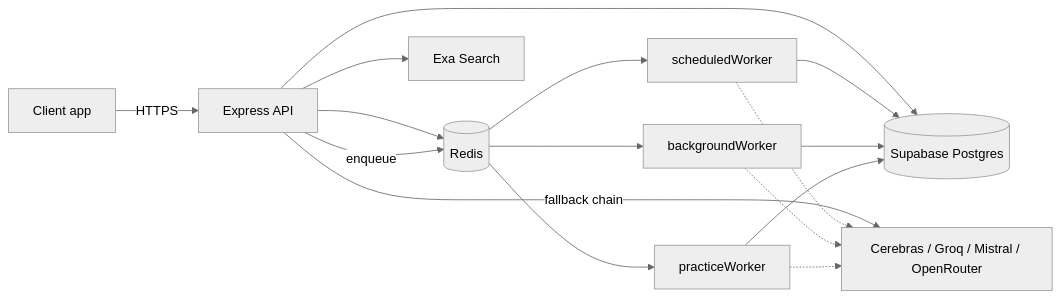
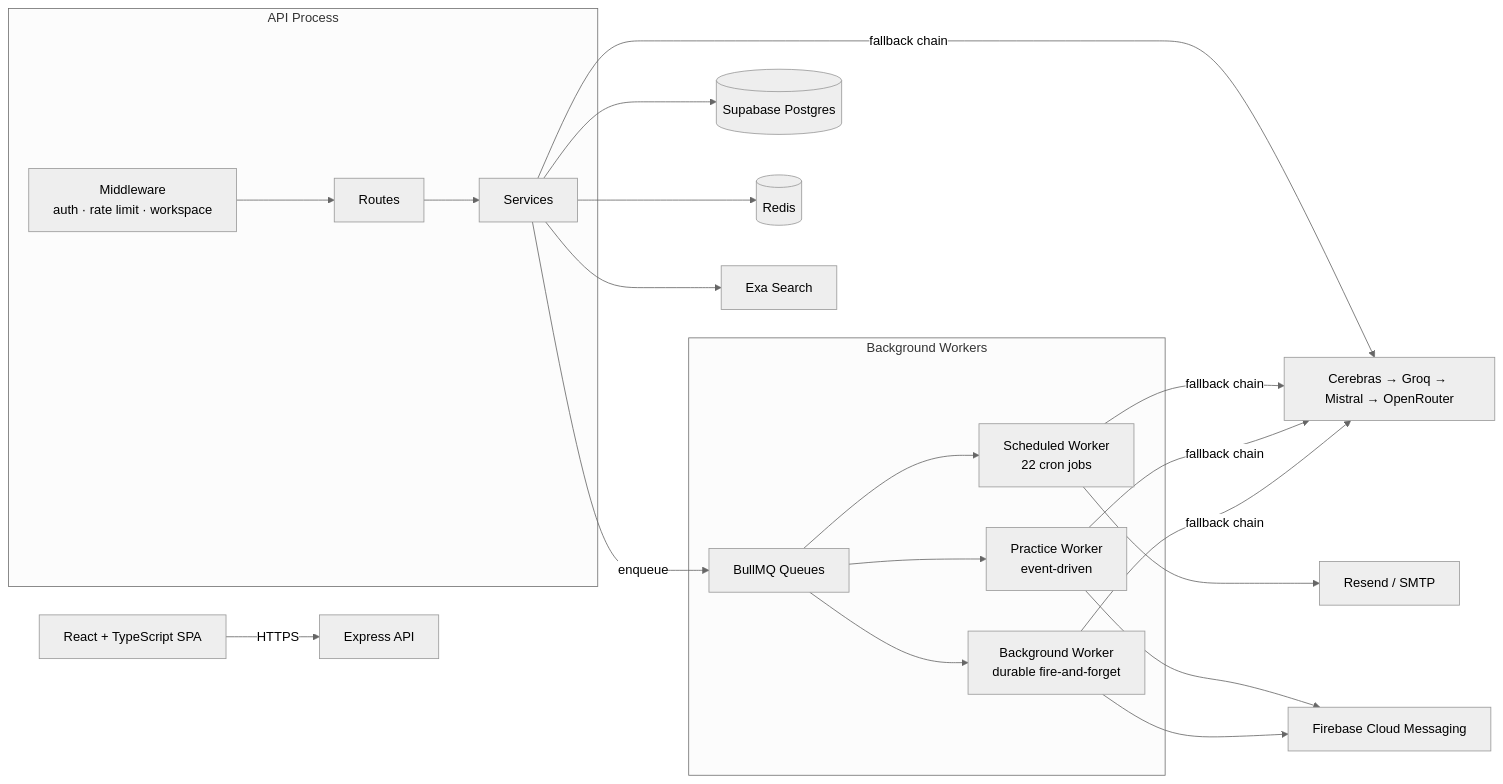
The diagram in README.md (Devpaul-01/Foundersales), drawn with Mermaid (neutral theme) before and after one commit. The commit also changed other lines of this file and 3 other files, not shown here.

````diff
--- a/README.md
+++ b/README.md
@@ -59,14 +54,25 @@
 ```mermaid
 flowchart LR
-    Client[Client app] -->|HTTPS| API[Express API]
-    API --> PG[(Supabase Postgres)]
-    API --> REDIS[(Redis)]
-    API -->|fallback chain| AI[Cerebras / Groq / Mistral / OpenRouter]
-    API --> EXA[Exa Search]
-    API -->|enqueue| REDIS
-    REDIS --> W1[scheduledWorker]
-    REDIS --> W2[backgroundWorker]
-    REDIS --> W3[practiceWorker]
-    W1 & W2 & W3 --> PG
-    W1 & W2 & W3 -.-> AI
+    Client[React + TypeScript SPA] -->|HTTPS| API[Express API]
+
+    subgraph API_Process [API Process]
+        MW[Middleware<br/>auth · rate limit · workspace] --> R[Routes]
+        R --> SVC[Services]
+    end
+
+    SVC --> PG[(Supabase Postgres)]
+    SVC --> REDIS[(Redis)]
+    SVC -->|enqueue| BULLMQ[BullMQ Queues]
+    SVC -->|fallback chain| AI[Cerebras → Groq → Mistral → OpenRouter]
+    SVC --> EXA[Exa Search]
+
+    subgraph Workers [Background Workers]
+        BULLMQ --> W1[Scheduled Worker<br/>22 cron jobs]
+        BULLMQ --> W2[Practice Worker<br/>event-driven]
+        BULLMQ --> W3[Background Worker<br/>durable fire-and-forget]
+    end
+
+    W1 & W2 & W3 -->|fallback chain| AI
+    W1 --> RESEND[Resend / SMTP]
+    W2 & W3 --> FCM[Firebase Cloud Messaging]
 ```
````
